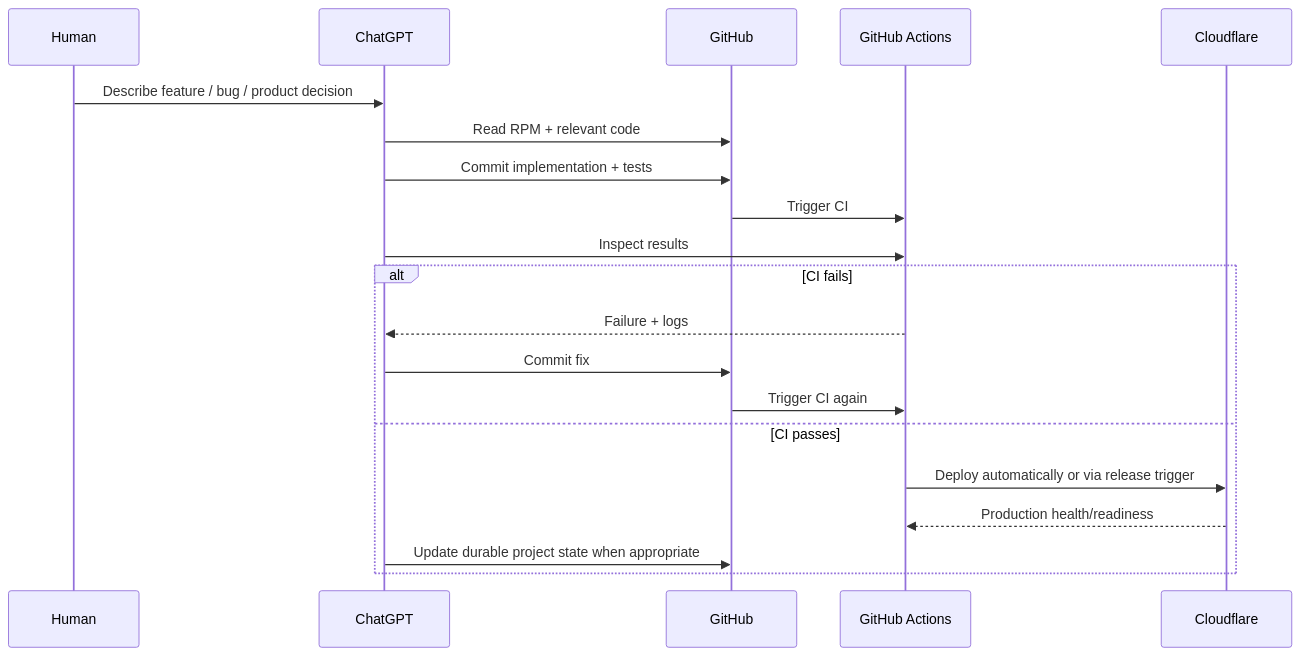
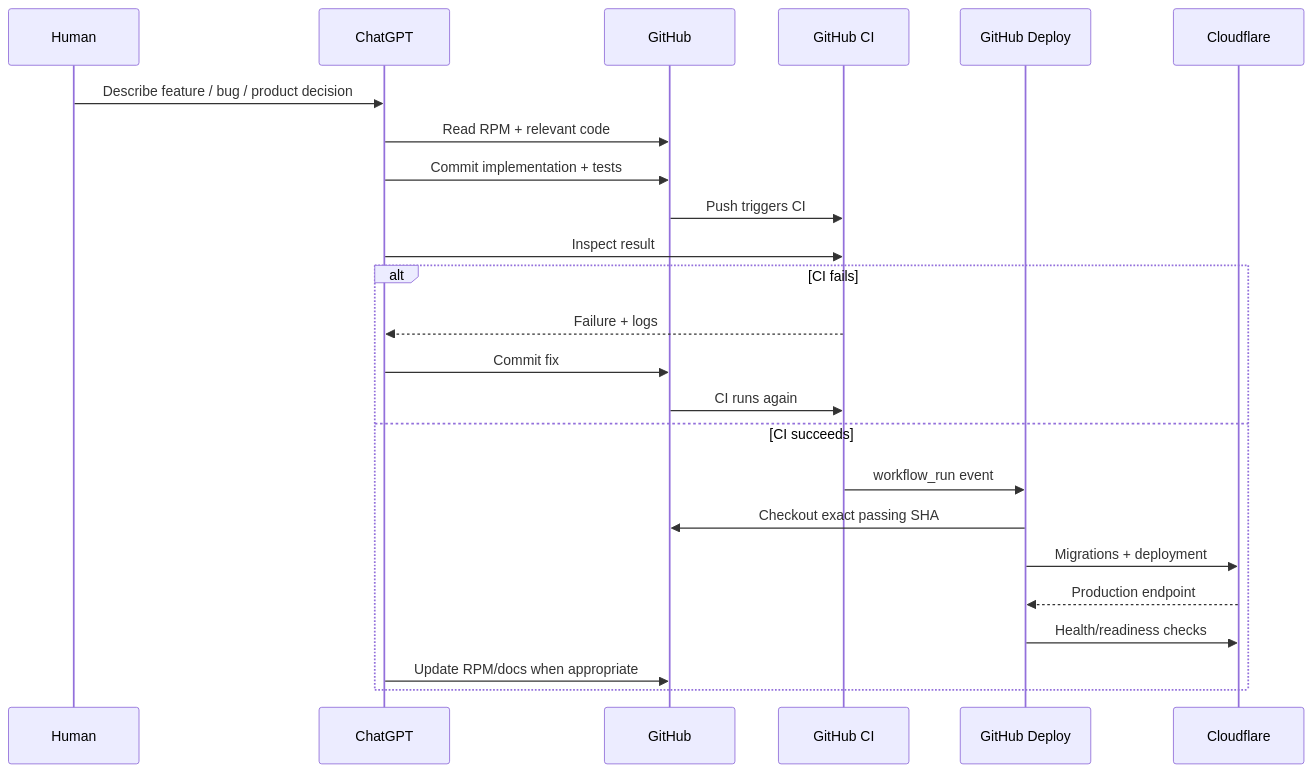
One commit to mattamior/awesome-fame-slider changed the second of 2 diagrams in docs/CHATGPT_GITHUB_CLOUDFLARE_PLAYBOOK.md. Above: the diagram before and after it, drawn with Mermaid. The commit also changed other lines of this file, not shown here.

Commit message:
Define AI-Native Repository Delivery workflow

````diff
--- a/docs/CHATGPT_GITHUB_CLOUDFLARE_PLAYBOOK.md
+++ b/docs/CHATGPT_GITHUB_CLOUDFLARE_PLAYBOOK.md
@@ -196,23 +231,27 @@
 ```mermaid
 sequenceDiagram
     participant U as Human
     participant C as ChatGPT
     participant G as GitHub
-    participant CI as GitHub Actions
+    participant CI as GitHub CI
+    participant D as GitHub Deploy
     participant CF as Cloudflare
 
     U->>C: Describe feature / bug / product decision
     C->>G: Read RPM + relevant code
     C->>G: Commit implementation + tests
-    G->>CI: Trigger CI
-    C->>CI: Inspect results
+    G->>CI: Push triggers CI
+    C->>CI: Inspect result
     alt CI fails
         CI-->>C: Failure + logs
         C->>G: Commit fix
-        G->>CI: Trigger CI again
-    else CI passes
-        CI->>CF: Deploy automatically or via release trigger
-        CF-->>CI: Production health/readiness
-        C->>G: Update durable project state when appropriate
+        G->>CI: CI runs again
+    else CI succeeds
+        CI->>D: workflow_run event
+        D->>G: Checkout exact passing SHA
+        D->>CF: Migrations + deployment
+        CF-->>D: Production endpoint
+        D->>CF: Health/readiness checks
+        C->>G: Update RPM/docs when appropriate
     end
 ```
````
